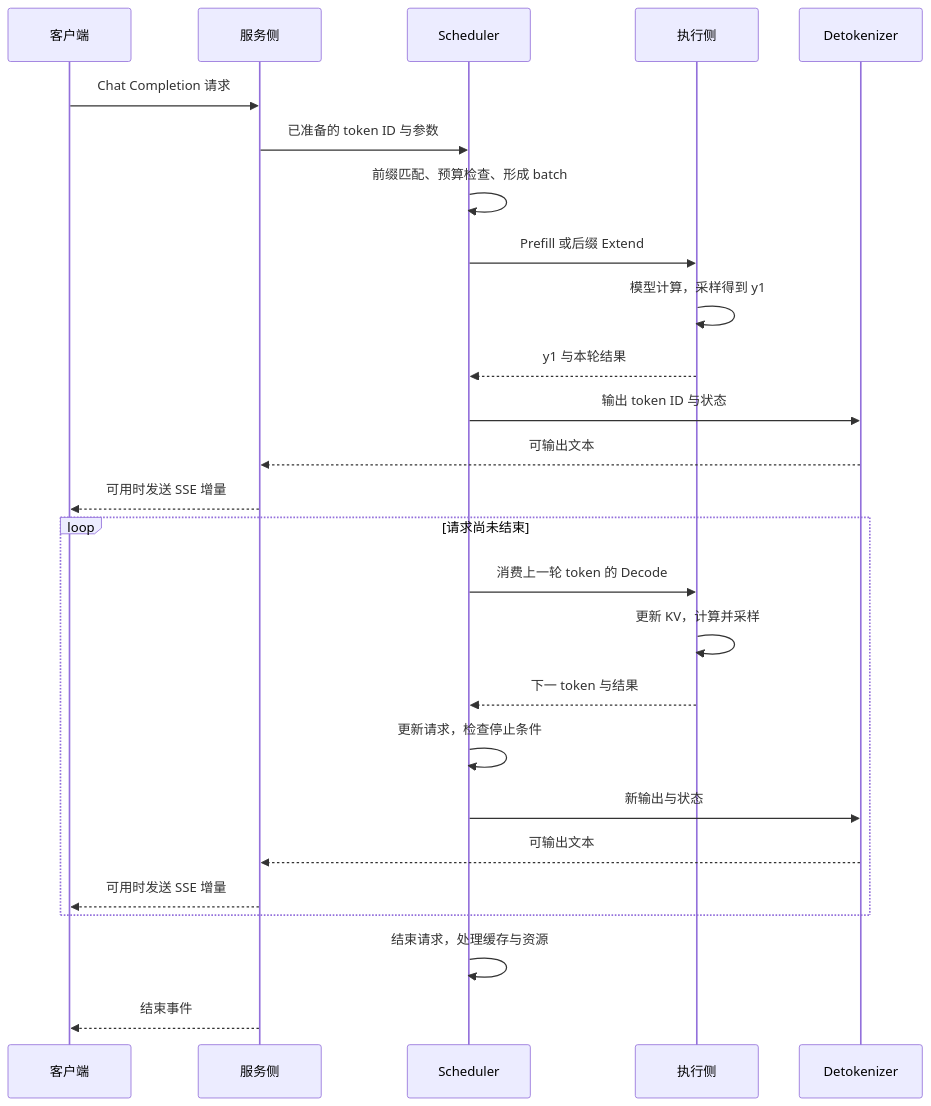
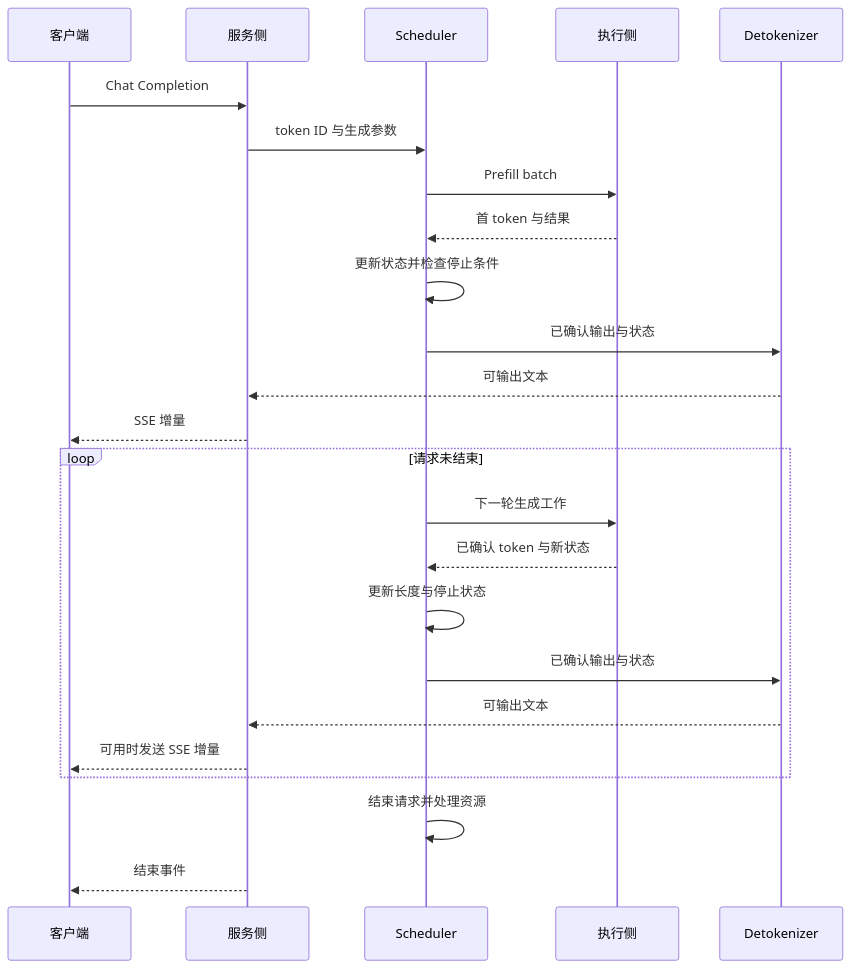
Before and after one commit to AkiYangDev/llm-inference-notes: the eighth of 9 diagrams in docs/sglang/sglang-ascend-request-lifecycle.md, drawn with Mermaid. The commit also changed other lines of this file and 10 other files, not shown here.

````diff
--- a/docs/sglang/sglang-ascend-request-lifecycle.md
+++ b/docs/sglang/sglang-ascend-request-lifecycle.md
@@ -293,28 +304,26 @@
 ```mermaid
 sequenceDiagram
     participant C as 客户端
     participant H as 服务侧
     participant S as Scheduler
     participant E as 执行侧
     participant D as Detokenizer
-    C->>H: Chat Completion 请求
-    H->>S: 已准备的 token ID 与参数
-    S->>S: 前缀匹配、预算检查、形成 batch
-    S->>E: Prefill 或后缀 Extend
-    E->>E: 模型计算，采样得到 y1
-    E-->>S: y1 与本轮结果
-    S->>D: 输出 token ID 与状态
+    C->>H: Chat Completion
+    H->>S: token ID 与生成参数
+    S->>E: Prefill batch
+    E-->>S: 首 token 与结果
+    S->>S: 更新状态并检查停止条件
+    S->>D: 已确认输出与状态
     D-->>H: 可输出文本
-    H-->>C: 可用时发送 SSE 增量
-    loop 请求尚未结束
-        S->>E: 消费上一轮 token 的 Decode
-        E->>E: 更新 KV，计算并采样
-        E-->>S: 下一 token 与结果
-        S->>S: 更新请求，检查停止条件
-        S->>D: 新输出与状态
+    H-->>C: SSE 增量
+    loop 请求未结束
+        S->>E: 下一轮生成工作
+        E-->>S: 已确认 token 与新状态
+        S->>S: 更新长度与停止状态
+        S->>D: 已确认输出与状态
         D-->>H: 可输出文本
         H-->>C: 可用时发送 SSE 增量
     end
-    S->>S: 结束请求，处理缓存与资源
+    S->>S: 结束请求并处理资源
     H-->>C: 结束事件
 ```
````
